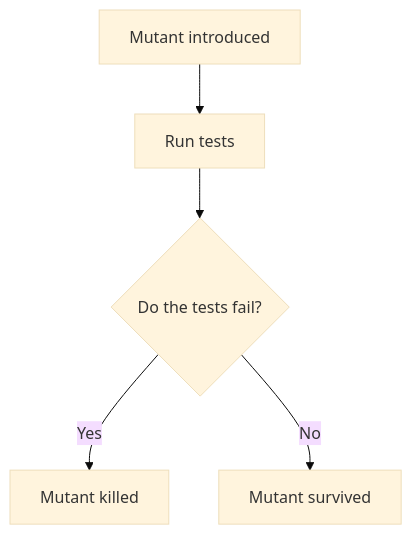
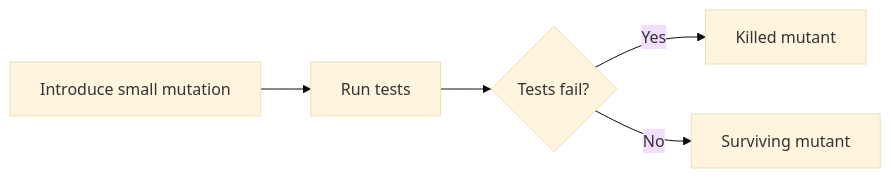
One commit to AvadhBhalodiya/Interview-Preparation changed the sixth of 7 diagrams in src/content/testing/test-coverage-good-tests.md. Above: the diagram before and after it, drawn with Mermaid (base theme). The commit also changed other lines of this file and 54 other files, not shown here.

````diff
--- a/src/content/testing/test-coverage-good-tests.md
+++ b/src/content/testing/test-coverage-good-tests.md
@@ -1219,12 +492,7 @@
 ```mermaid
-flowchart TD
-    MUT[Mutant introduced]
-    RUN[Run tests]
-    RESULT{Do the tests fail?}
-    KILLED[Mutant killed]
-    SURVIVED[Mutant survived]
-
-    MUT --> RUN --> RESULT
-    RESULT -- Yes --> KILLED
-    RESULT -- No --> SURVIVED
+flowchart LR
+    M[Introduce small mutation] --> R[Run tests]
+    R --> Q{Tests fail?}
+    Q -- Yes --> K[Killed mutant]
+    Q -- No --> S[Surviving mutant]
 ```
````
